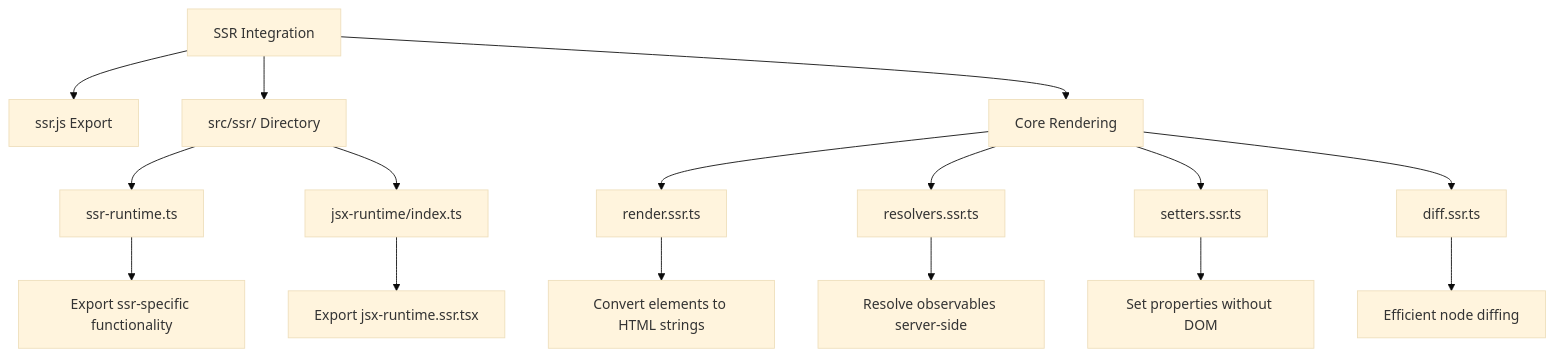
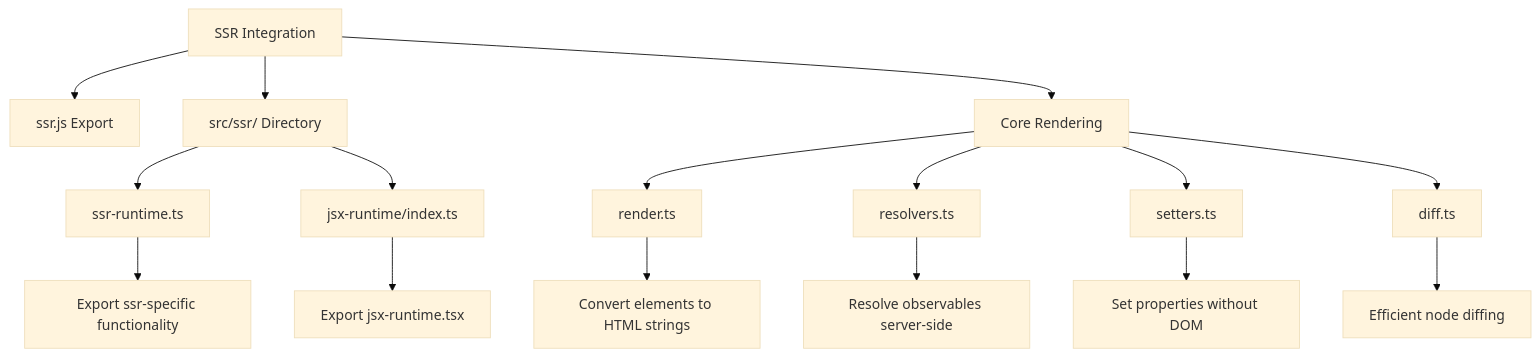
Before and after one commit to wobyjs/woby: the second of 3 diagrams in .qoder/repowiki/en/content/Integration/Integration.md, drawn with Mermaid (base theme). The commit also changed other lines of this file and 36 other files, not shown here.

````diff
--- a/.qoder/repowiki/en/content/Integration/Integration.md
+++ b/.qoder/repowiki/en/content/Integration/Integration.md
@@ -105,18 +105,18 @@
 ```mermaid
 graph TD
 A[SSR Integration] --> B[ssr.js Export]
 A --> C[src/ssr/ Directory]
 C --> D[ssr-runtime.ts]
 C --> E[jsx-runtime/index.ts]
 D --> F[Export ssr-specific functionality]
-E --> G[Export jsx-runtime.ssr.tsx]
+E --> G[Export jsx-runtime.tsx]
 A --> H[Core Rendering]
-H --> I[render.ssr.ts]
-H --> J[resolvers.ssr.ts]
-H --> K[setters.ssr.ts]
-H --> L[diff.ssr.ts]
+H --> I[render.ts]
+H --> J[resolvers.ts]
+H --> K[setters.ts]
+H --> L[diff.ts]
 I --> M[Convert elements to HTML strings]
 J --> N[Resolve observables server-side]
 K --> O[Set properties without DOM]
 L --> P[Efficient node diffing]
 ```
````
